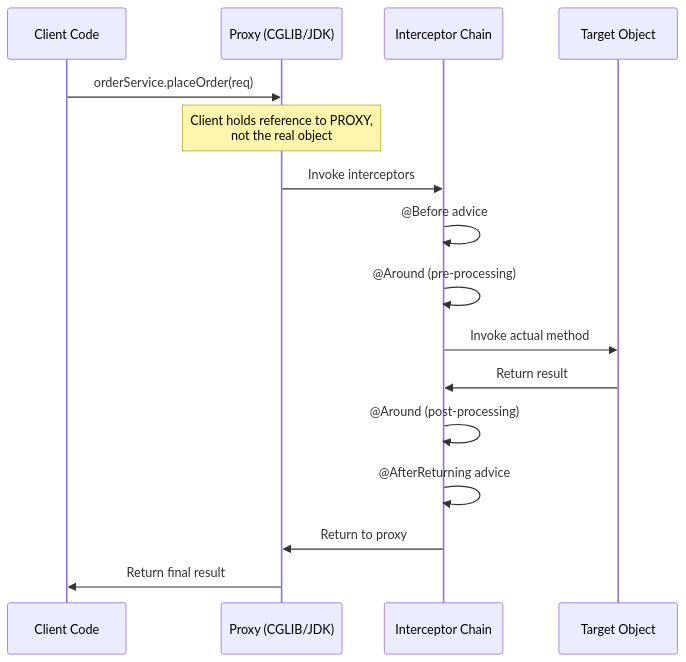
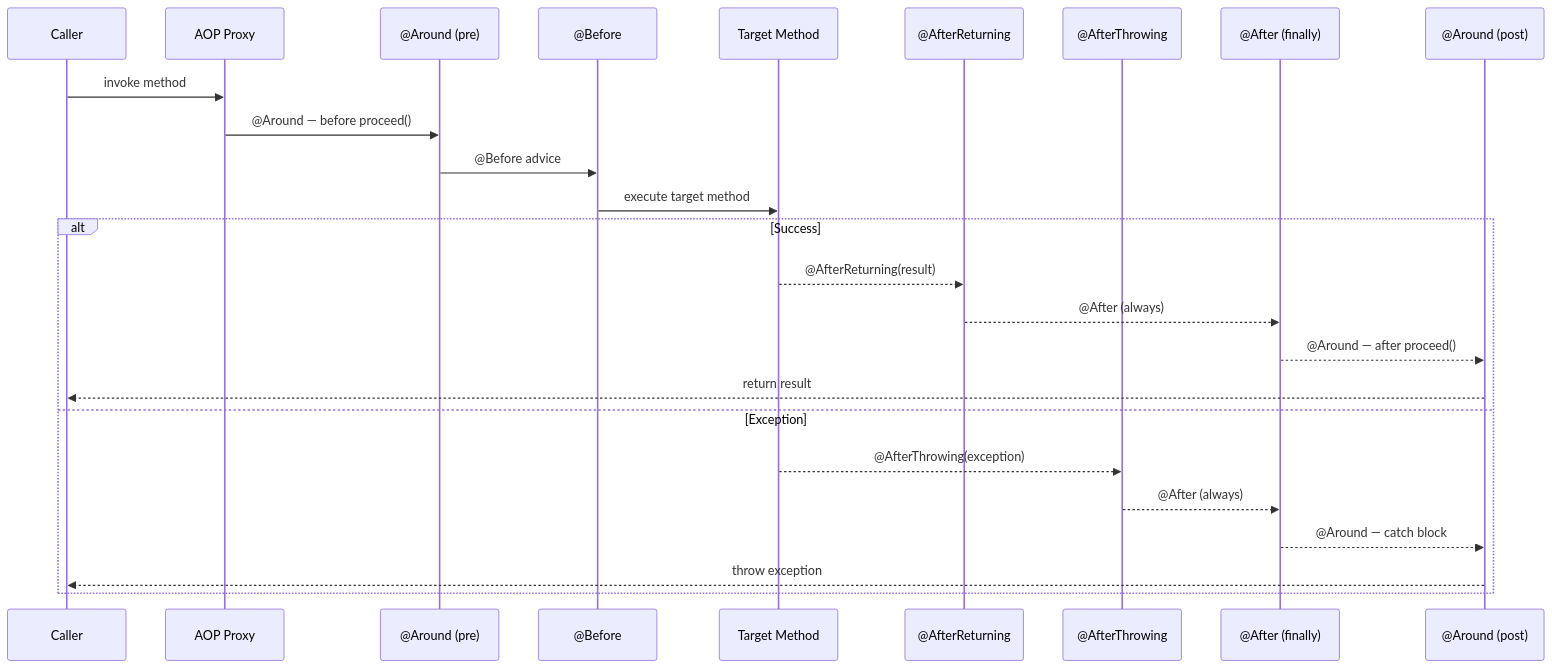
The third of 4 diagrams in docs/springboot/aop.md (saivamsikaruturi/vamsilabs-dev-notes-main), drawn with Mermaid before and after one commit. The commit also changed other lines of this file and 21 other files, not shown here.

````diff
--- a/docs/springboot/aop.md
+++ b/docs/springboot/aop.md
@@ -483,19 +576,29 @@
 ```mermaid
 sequenceDiagram
-    participant C as Client Code
-    participant P as Proxy (CGLIB/JDK)
-    participant I as Interceptor Chain
-    participant T as Target Object
+    participant C as Caller
+    participant P as AOP Proxy
+    participant AR as @Around (pre)
+    participant B as @Before
+    participant T as Target Method
+    participant AFR as @AfterReturning
+    participant AFT as @AfterThrowing
+    participant A as @After (finally)
+    participant AR2 as @Around (post)
 
-    C->>P: orderService.placeOrder(req)
-    Note over P: Client holds reference to PROXY,<br/>not the real object
-    P->>I: Invoke interceptors
-    I->>I: @Before advice
-    I->>I: @Around (pre-processing)
-    I->>T: Invoke actual method
-    T->>I: Return result
-    I->>I: @Around (post-processing)
-    I->>I: @AfterReturning advice
-    I->>P: Return to proxy
-    P->>C: Return final result
+    C->>P: invoke method
+    P->>AR: @Around — before proceed()
+    AR->>B: @Before advice
+    B->>T: execute target method
+
+    alt Success
+        T-->>AFR: @AfterReturning(result)
+        AFR-->>A: @After (always)
+        A-->>AR2: @Around — after proceed()
+        AR2-->>C: return result
+    else Exception
+        T-->>AFT: @AfterThrowing(exception)
+        AFT-->>A: @After (always)
+        A-->>AR2: @Around — catch block
+        AR2-->>C: throw exception
+    end
 ```
````
